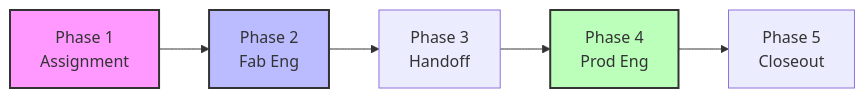
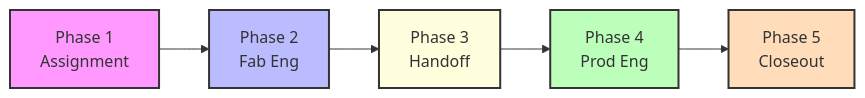
The second of 4 diagrams in onboarding/project-delivery.md (cwka-engineering/cwka-engineering.github.io), drawn with Mermaid before and after one commit. The commit also changed other lines of this file, not shown here.

First line of the commit message:
Update pre-existing Mermaid diagrams in project-delivery

````diff
--- a/onboarding/project-delivery.md
+++ b/onboarding/project-delivery.md
@@ -76,10 +77,12 @@
 ```mermaid
 graph LR
 P1[Phase 1<br/>Assignment] --> P2[Phase 2<br/>Fab Eng]
 P2 --> P3[Phase 3<br/>Handoff]
 P3 --> P4[Phase 4<br/>Prod Eng]
 P4 --> P5[Phase 5<br/>Closeout]
 style P1 fill:#f9f,stroke:#333,stroke-width:2px
 style P2 fill:#bbf,stroke:#333,stroke-width:2px
+style P3 fill:#ffd,stroke:#333,stroke-width:2px
 style P4 fill:#bfb,stroke:#333,stroke-width:2px
+style P5 fill:#fdb,stroke:#333,stroke-width:2px
 ```
````
